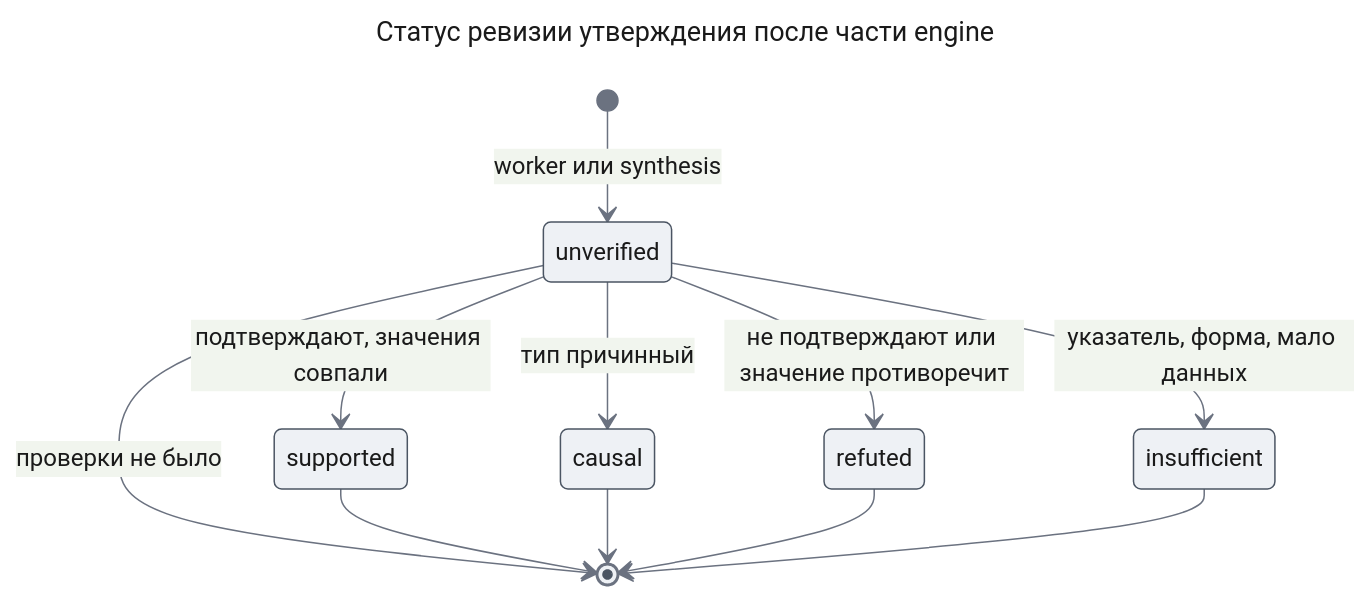
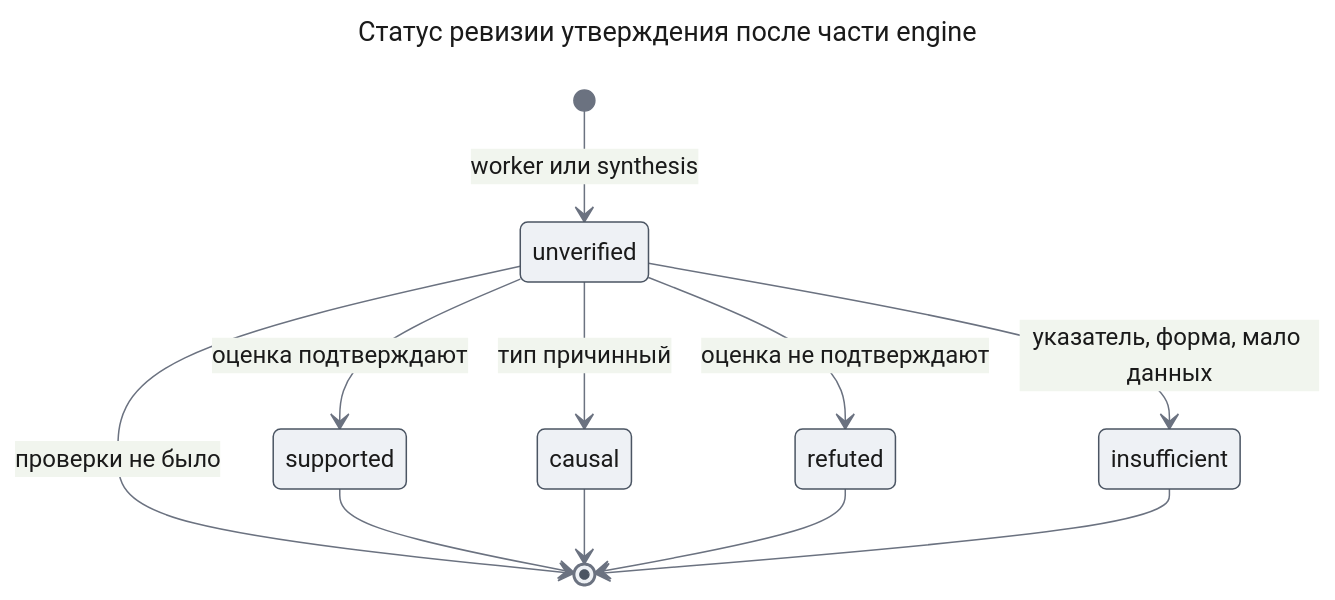
Diagram 21 of 21 in docs/features/agent-quality/design-engine.md (tundraray/agent-os), drawn with Mermaid before and after one commit. The commit also changed other lines of this file and 7 other files, not shown here.

````diff
--- a/docs/features/agent-quality/design-engine.md
+++ b/docs/features/agent-quality/design-engine.md
@@ -1252,24 +1432,24 @@
 ```mermaid
 ---
 title: "Статус ревизии утверждения после части engine"
 config:
   theme: base
   look: classic
   themeVariables:
     primaryColor: "#eef1f5"
     primaryBorderColor: "#4b5563"
     primaryTextColor: "#1a1a1a"
     lineColor: "#6b7280"
 ---
 stateDiagram-v2
     [*] --> unverified : worker или synthesis
-    unverified --> supported : подтверждают, значения совпали
+    unverified --> supported : оценка подтверждают
     unverified --> causal : тип причинный
-    unverified --> refuted : не подтверждают или значение противоречит
+    unverified --> refuted : оценка не подтверждают
     unverified --> insufficient : указатель, форма, мало данных
     unverified --> [*] : проверки не было
     supported --> [*]
     causal --> [*]
     refuted --> [*]
     insufficient --> [*]
 ```
````
